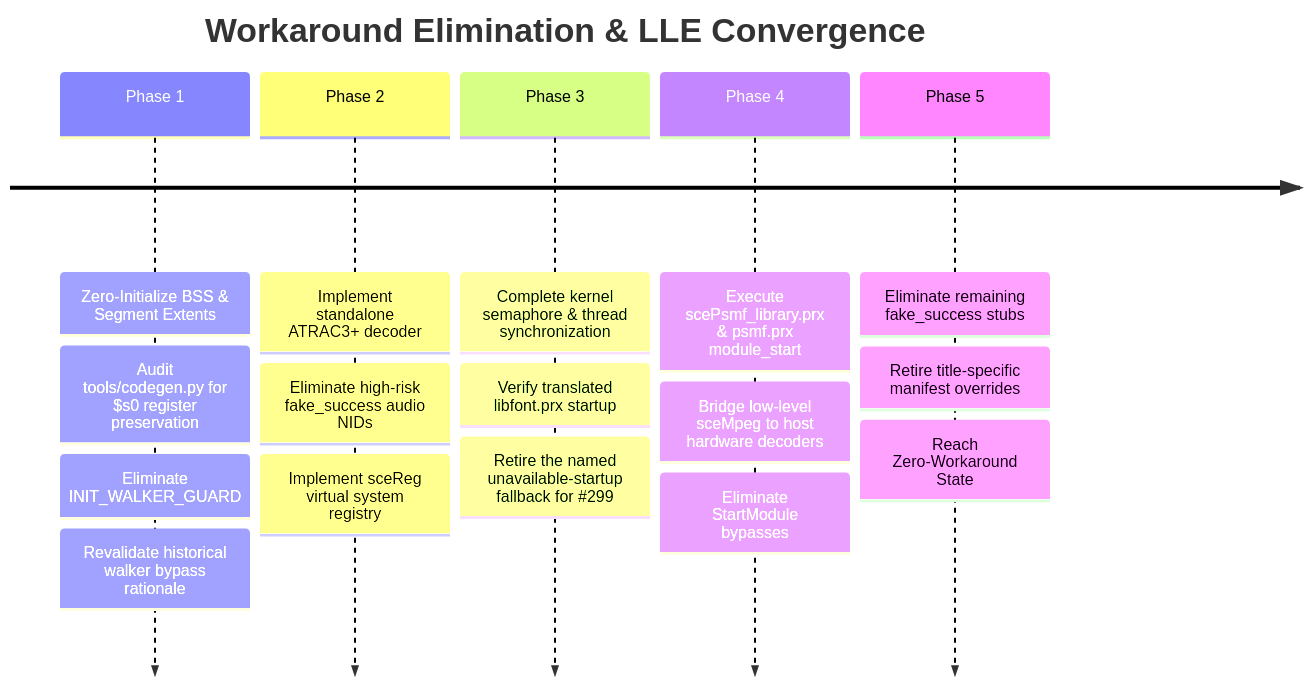
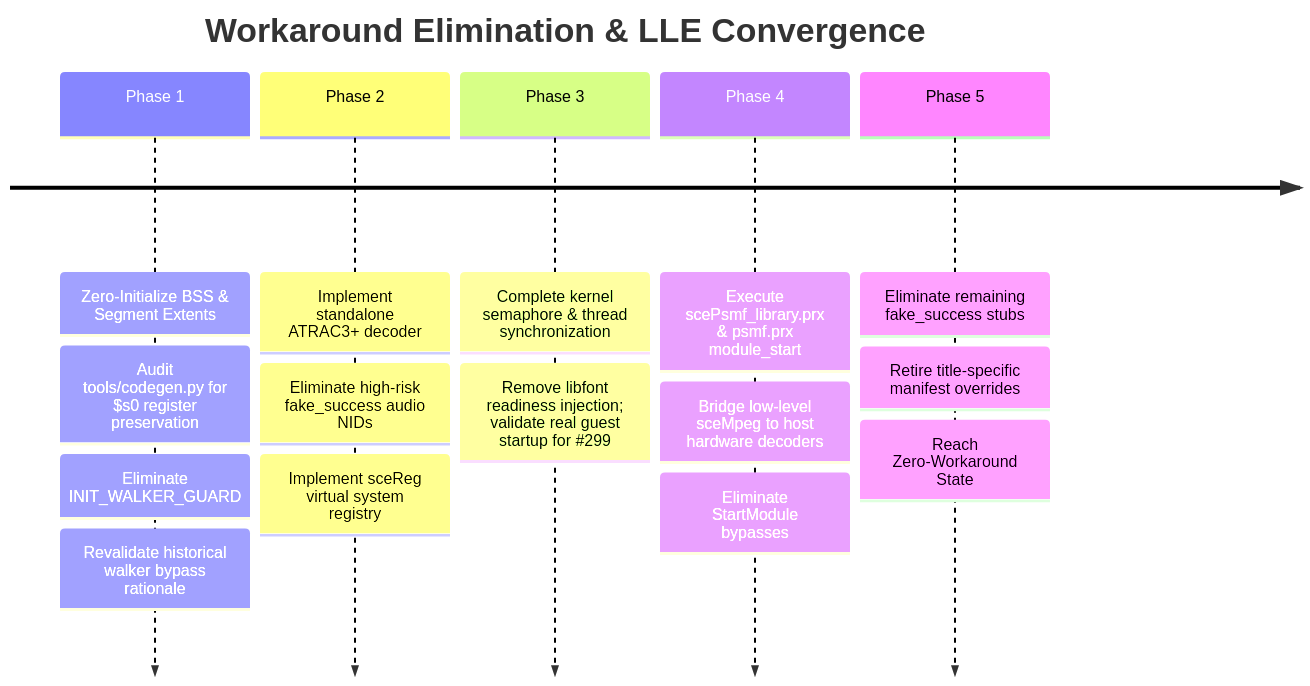
Before and after one commit to Jstar269/nakagawa-recomp: the diagram in docs/HLE_AND_WORKAROUND_INVENTORY.md, drawn with Mermaid. The commit also changed other lines of this file and 19 other files, not shown here.

Commit message:
hle: retire libfont readiness injection

````diff
--- a/docs/HLE_AND_WORKAROUND_INVENTORY.md
+++ b/docs/HLE_AND_WORKAROUND_INVENTORY.md
@@ -434,9 +434,9 @@
 ```mermaid
 timeline
     title Workaround Elimination & LLE Convergence
     Phase 1 : Zero-Initialize BSS & Segment Extents : Audit tools/codegen.py for $s0 register preservation : Eliminate INIT_WALKER_GUARD : Revalidate historical walker bypass rationale
     Phase 2 : Implement standalone ATRAC3+ decoder : Eliminate high-risk fake_success audio NIDs : Implement sceReg virtual system registry
-    Phase 3 : Complete kernel semaphore & thread synchronization : Verify translated libfont.prx startup : Retire the named unavailable-startup fallback for #299
+    Phase 3 : Complete kernel semaphore & thread synchronization : Remove libfont readiness injection; validate real guest startup for #299
     Phase 4 : Execute scePsmf_library.prx & psmf.prx module_start : Bridge low-level sceMpeg to host hardware decoders : Eliminate StartModule bypasses
     Phase 5 : Eliminate remaining fake_success stubs : Retire title-specific manifest overrides : Reach Zero-Workaround State
 ```
````
